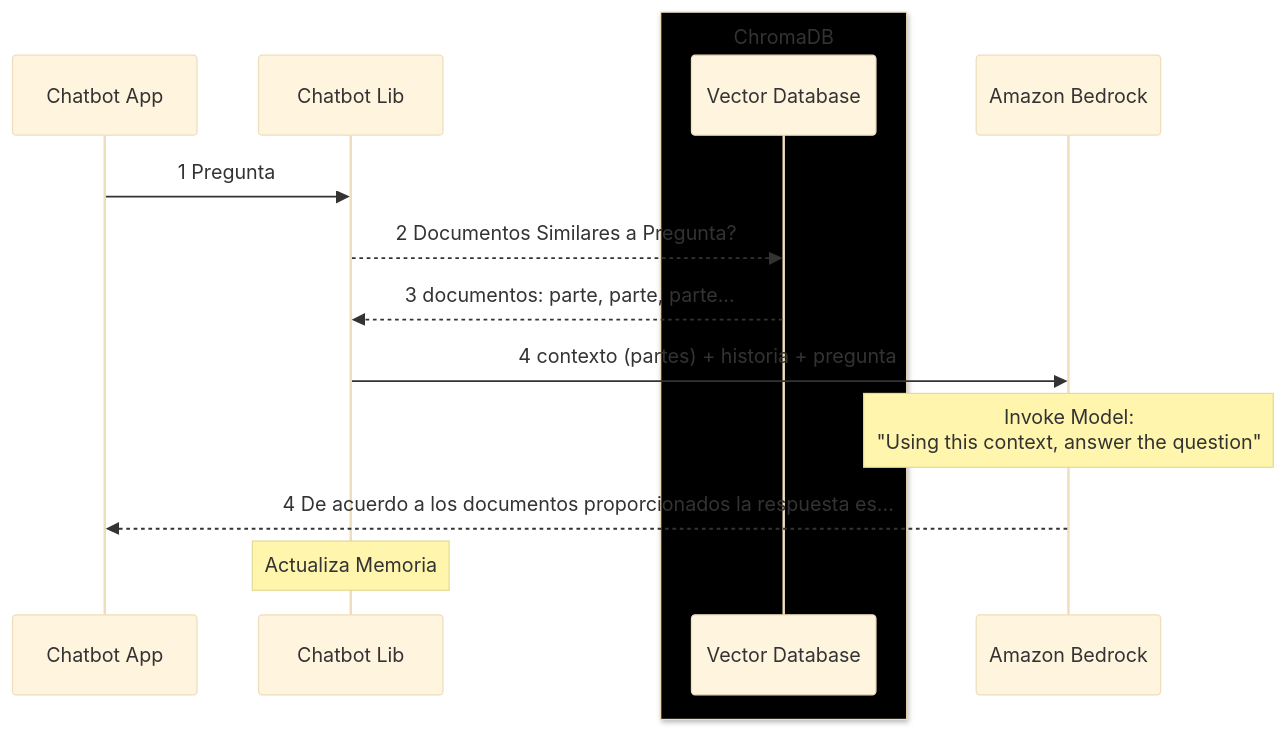
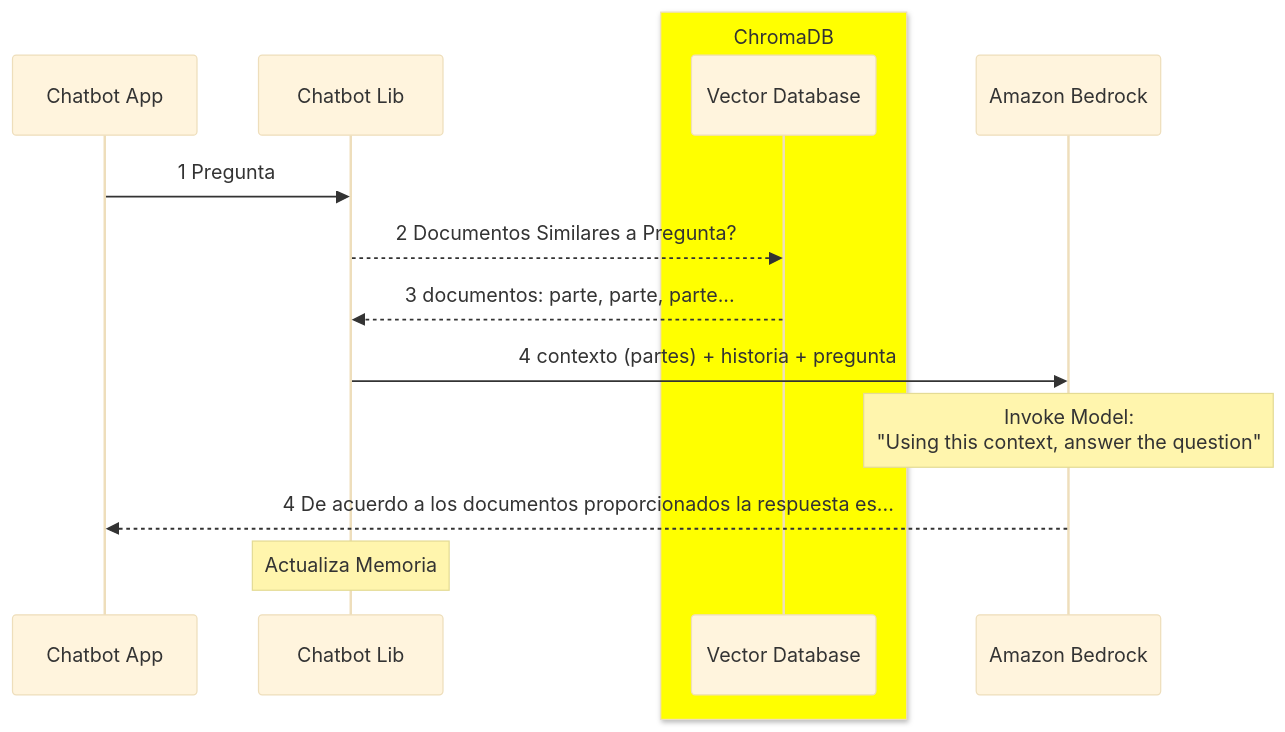
One commit to ensamblador/generative-ai-chat-application changed the second of 2 diagrams in 03-personal-assistant-add-data/README.md. Above: the diagram before and after it, drawn with Mermaid (base theme).

````diff
--- a/03-personal-assistant-add-data/README.md
+++ b/03-personal-assistant-add-data/README.md
@@ -270,20 +270,20 @@
 ```mermaid
 sequenceDiagram
   
   participant Chatbot App
   participant Chatbot Lib
-  box black ChromaDB
+  box yellow ChromaDB
   participant Vector Database
   end
   participant Amazon Bedrock
   
   Chatbot App->>Chatbot Lib: 1 Pregunta
   Chatbot Lib -->> Vector Database: 2 Documentos Similares a Pregunta?
   Vector Database -->> Chatbot Lib : 3 documentos: parte, parte, parte...
 
   Chatbot Lib->>Amazon Bedrock: 4 contexto (partes)  + historia + pregunta
   Note over Amazon Bedrock: Invoke Model:<br>"Using this context, answer the question"
   Amazon Bedrock -->> Chatbot App: 4 De acuerdo a los documentos proporcionados la respuesta es...
   Note over Chatbot Lib: Actualiza Memoria
 
 ```
````
